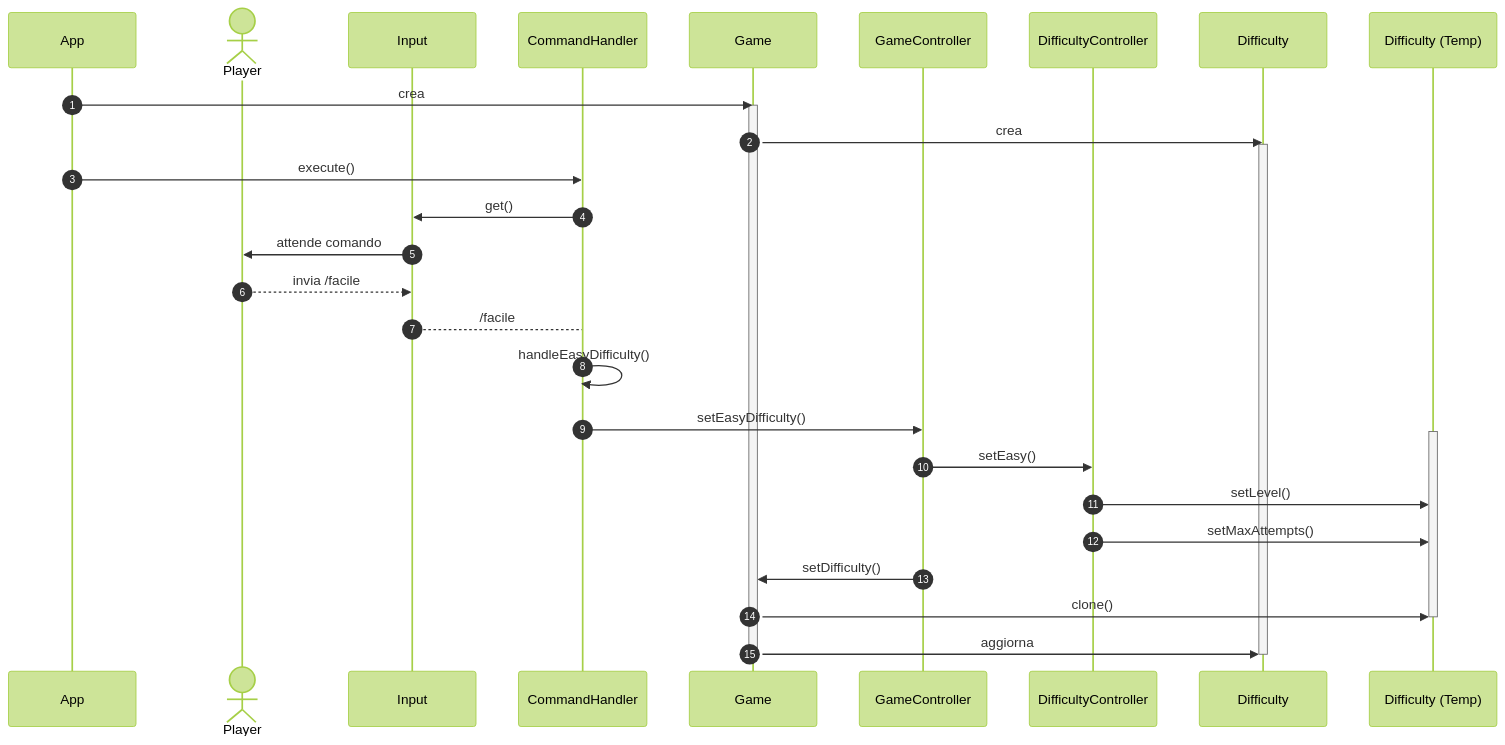
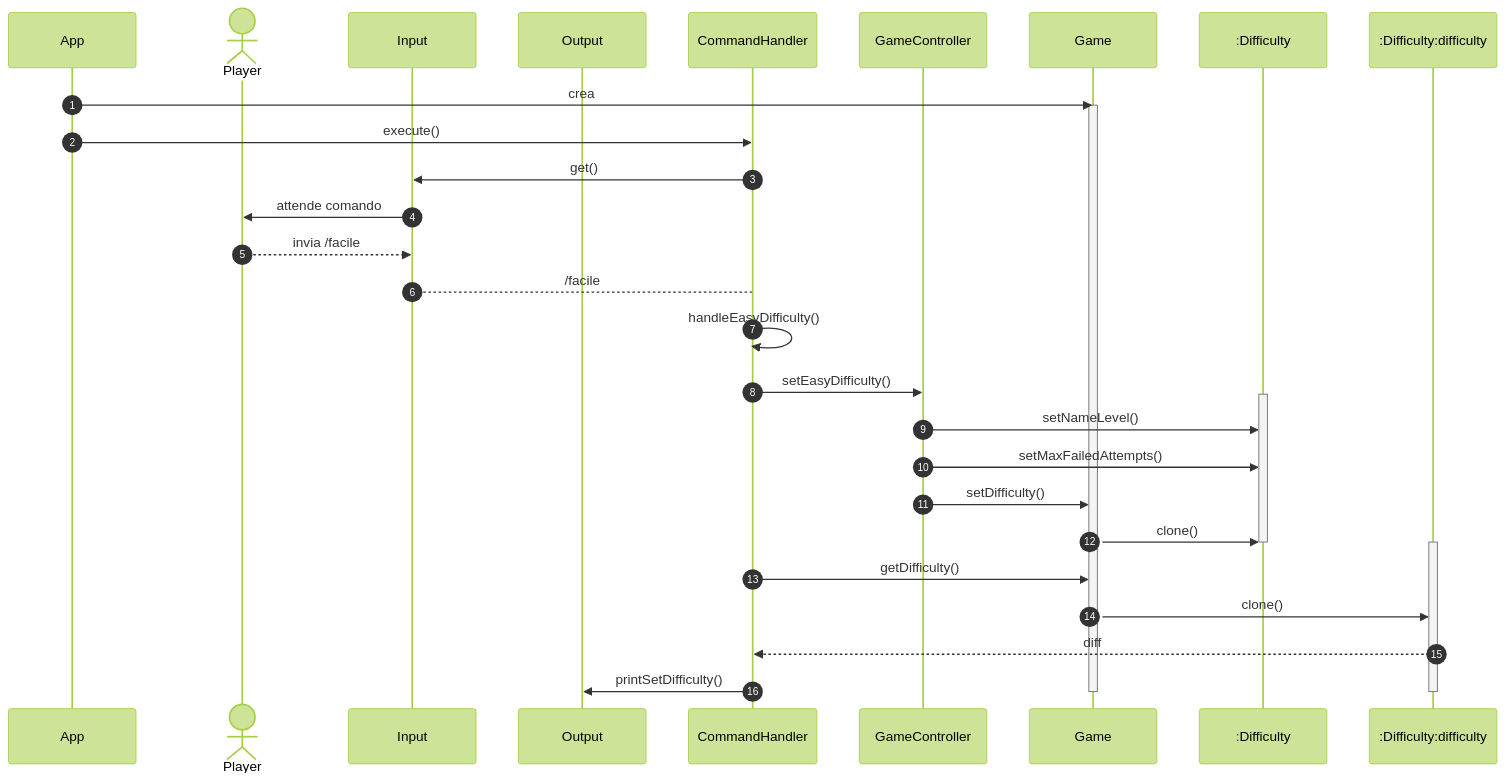
Before and after one commit to softeng2223-inf-uniba/progetto2223-thacker: the fourth of 7 diagrams in docs/Report.md, drawn with Mermaid (forest theme). The commit also changed other lines of this file, not shown here.

````diff
--- a/docs/Report.md
+++ b/docs/Report.md
@@ -338,42 +350,41 @@
 ```mermaid
 sequenceDiagram
   autonumber
 
   participant App
   actor Player
   participant Input
+  participant Output
   participant CH as CommandHandler
+  participant GaCo as GameController
   participant Game
-  participant GaCo as GameController
-  participant DC as DifficultyController
-  participant DG as Difficulty
-  participant DT as Difficulty (Temp)
+  participant DT as :Difficulty
+  participant DG as :Difficulty:difficulty
 
   App ->> Game : crea
   
   activate Game
-
-  Game ->> DG: crea
-  activate DG
 
   App ->> CH: execute()
   CH ->> Input: get()
   Input ->> Player: attende comando
   Player -->> Input: invia /facile
   Input --> CH: /facile
   CH ->> CH: handleEasyDifficulty()
   CH ->> GaCo: setEasyDifficulty()
 
   activate DT
-
-  GaCo ->> DC: setEasy()
-  DC ->> DT: setLevel()
-  DC ->> DT: setMaxAttempts()
+  GaCo ->> DT: setNameLevel()
+  GaCo ->> DT: setMaxFailedAttempts()
   GaCo ->> Game: setDifficulty()
   Game ->> DT: clone()
+  activate DG
   deactivate DT
-
-  Game ->> DG: aggiorna 
+  CH ->> Game: getDifficulty()
+  Game ->> DG: clone()
+  DG -->> CH: diff
+  CH ->> Output: printSetDifficulty();
   deactivate DG
   deactivate Game
+
 ```
````
